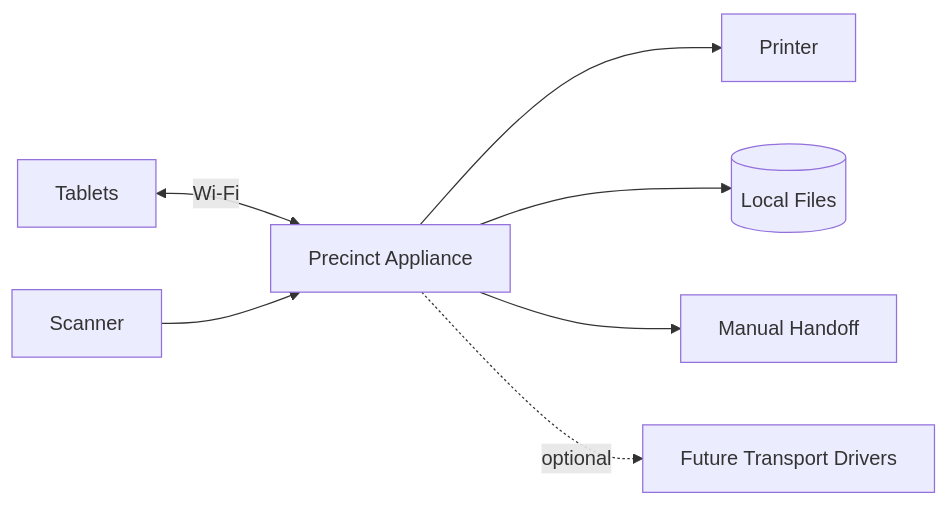
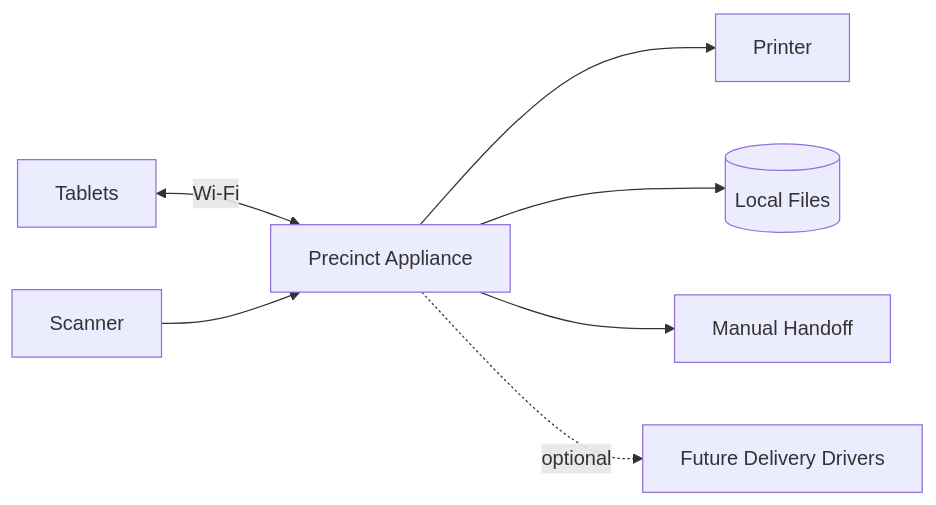
One commit to 3neti/aes changed the first of 7 diagrams in docs/SYSTEM_DESIGN.md. Above: the diagram before and after it, drawn with Mermaid. The commit also changed other lines of this file and 6 other files, not shown here.

Commit message:
docs: refine delivery handoff architecture

````diff
--- a/docs/SYSTEM_DESIGN.md
+++ b/docs/SYSTEM_DESIGN.md
@@ -54,29 +54,29 @@
 ```mermaid
 flowchart LR
 
     Tablets
 
     Printer
 
     Scanner
 
     RaspberryPi["Precinct Appliance"]
 
     LocalStorage[(Local Files)]
 
     ManualHandoff["Manual Handoff"]
 
-    FutureTransport["Future Transport Drivers"]
+    FutureTransport["Future Delivery Drivers"]
 
     Tablets <-- Wi-Fi --> RaspberryPi
 
     Scanner --> RaspberryPi
 
     RaspberryPi --> Printer
 
     RaspberryPi --> LocalStorage
 
     RaspberryPi --> ManualHandoff
 
     RaspberryPi -. optional .-> FutureTransport
 ```
````
